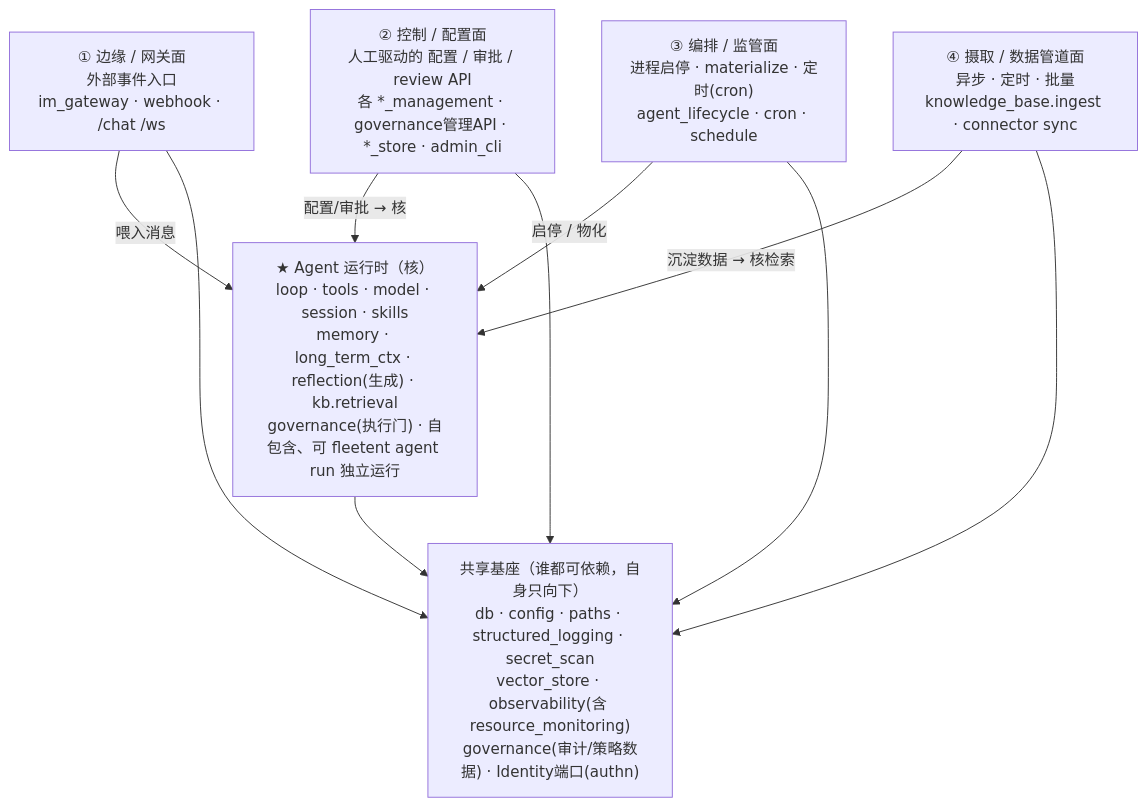
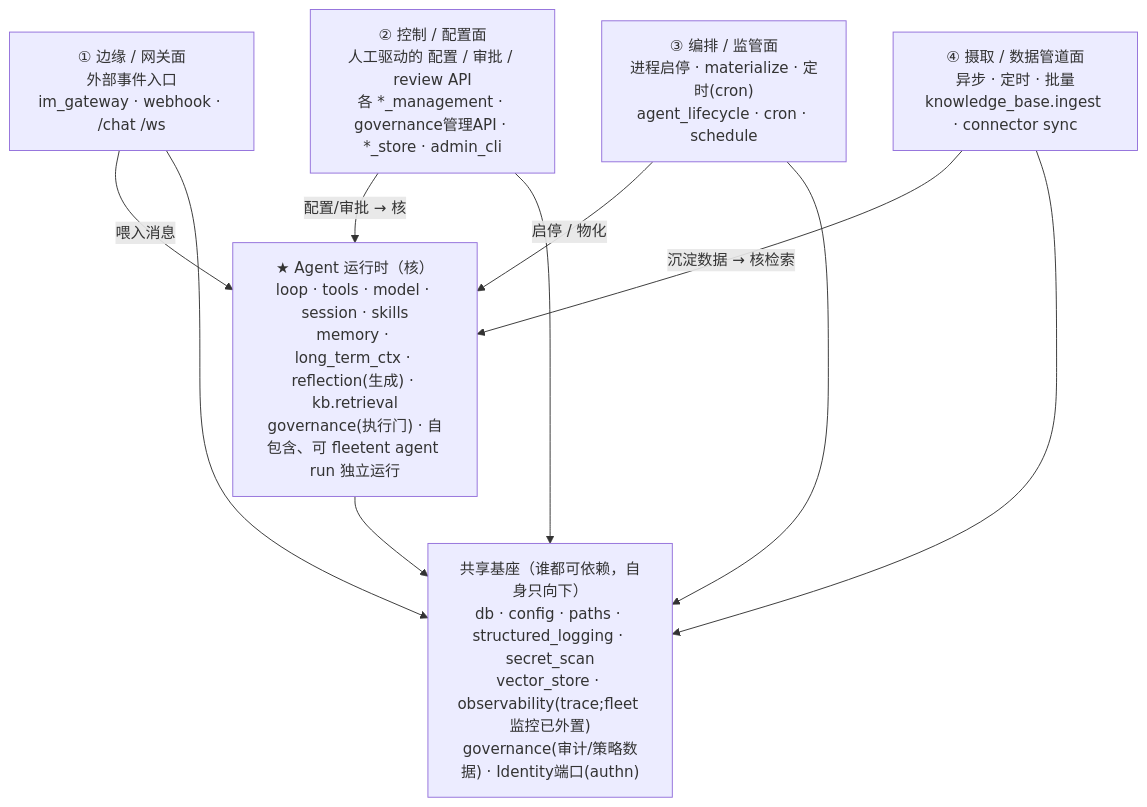
The diagram in docs/architecture/target-architecture-proposal.md (Summy2104/fleetent), drawn with Mermaid before and after one commit. The commit also changed other lines of this file and 1 other file, not shown here.

First line of the commit message:
docs(architecture): sync data-model + target-architecture with v1 entity subtraction

````diff
--- a/docs/architecture/target-architecture-proposal.md
+++ b/docs/architecture/target-architecture-proposal.md
@@ -28,21 +28,21 @@
 ```mermaid
 flowchart TB
   EDGE["① 边缘 / 网关面<br/>外部事件入口<br/>im_gateway · webhook · /chat /ws"]
   CTRL["② 控制 / 配置面<br/>人工驱动的 配置 / 审批 / review API<br/>各 *_management · governance管理API · *_store · admin_cli"]
   ORCH["③ 编排 / 监管面<br/>进程启停 · materialize · 定时(cron)<br/>agent_lifecycle · cron · schedule"]
   INGEST["④ 摄取 / 数据管道面<br/>异步 · 定时 · 批量<br/>knowledge_base.ingest · connector sync"]
 
   CORE["★ Agent 运行时（核）<br/>loop · tools · model · session · skills<br/>memory · long_term_ctx · reflection(生成) · kb.retrieval<br/>governance(执行门) · 自包含、可 fleetent agent run 独立运行"]
 
-  INFRA["共享基座（谁都可依赖，自身只向下）<br/>db · config · paths · structured_logging · secret_scan<br/>vector_store · observability(含 resource_monitoring)<br/>governance(审计/策略数据) · Identity端口(authn)"]
+  INFRA["共享基座（谁都可依赖，自身只向下）<br/>db · config · paths · structured_logging · secret_scan<br/>vector_store · observability(trace;fleet 监控已外置)<br/>governance(审计/策略数据) · Identity端口(authn)"]
 
   EDGE -->|喂入消息| CORE
   CTRL -->|配置/审批 → 核| CORE
   ORCH -->|启停 / 物化| CORE
   INGEST -->|沉淀数据 → 核检索| CORE
   CORE --> INFRA
   EDGE --> INFRA
   CTRL --> INFRA
   ORCH --> INFRA
   INGEST --> INFRA
 ```
````
